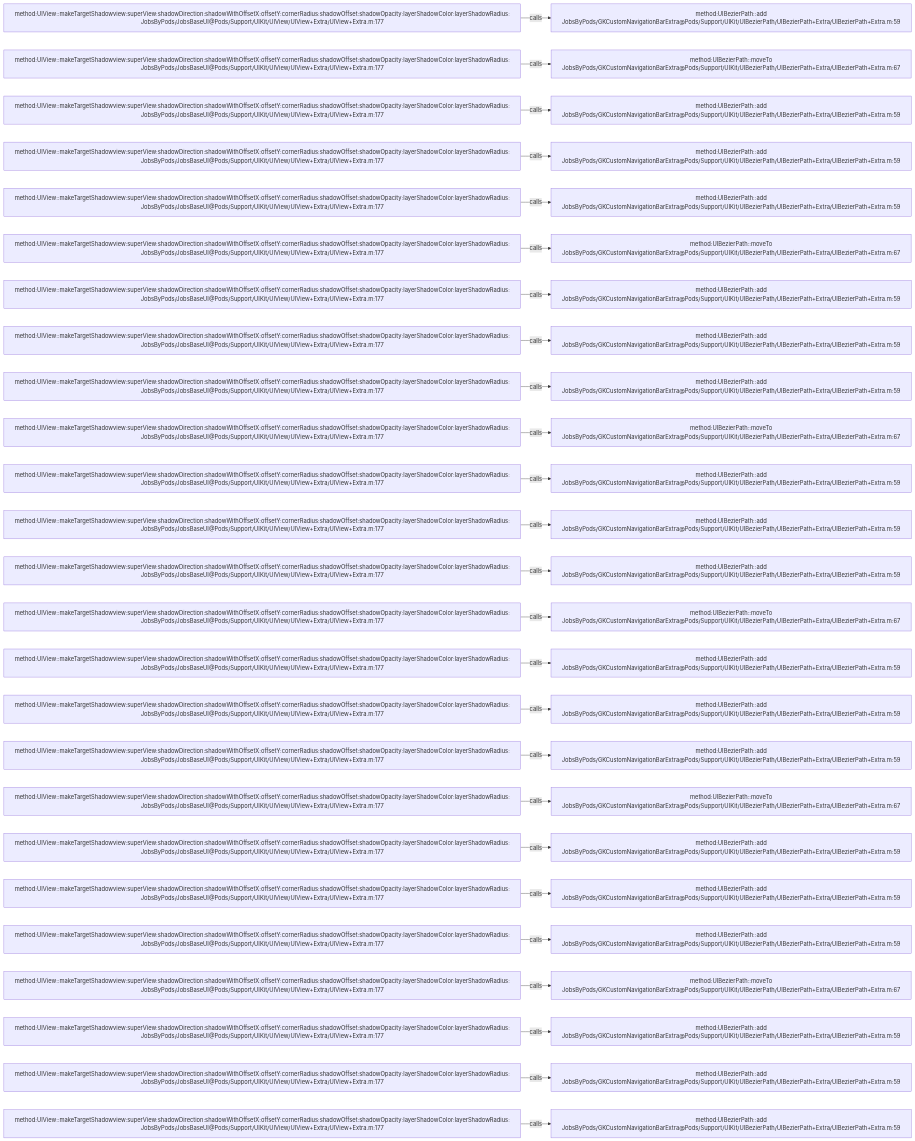
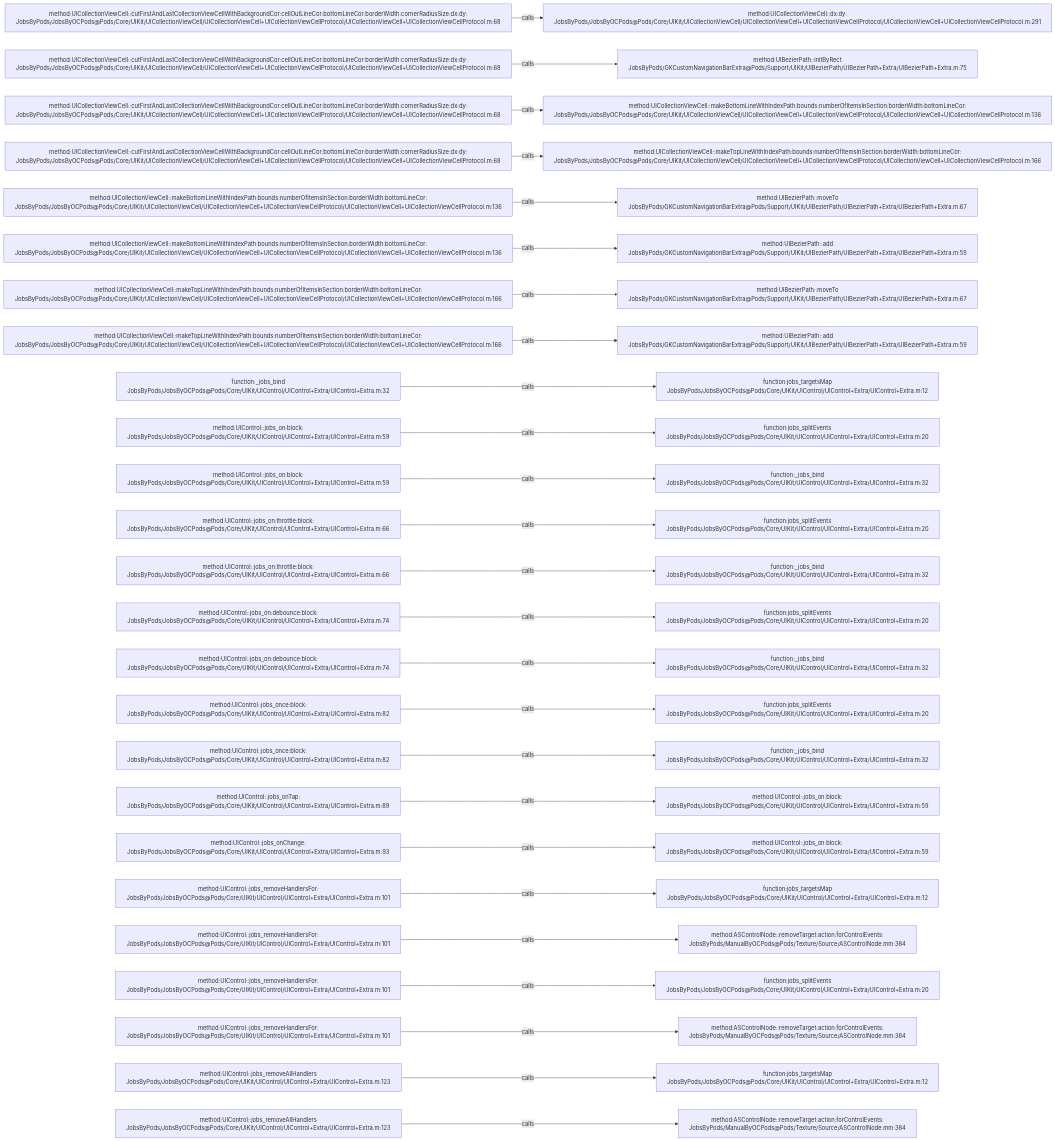
One commit to JobsKits/JobsOCBaseConfigDemo changed the diagram in .codegraph/codegraph.md/graphs/calls-060.md. Above: the diagram before and after it, drawn with Mermaid. The commit also changed 1026 other files, not shown here.

````diff
--- a/.codegraph/codegraph.md/graphs/calls-060.md
+++ b/.codegraph/codegraph.md/graphs/calls-060.md
@@ -13,78 +13,78 @@
 ```mermaid
 flowchart LR
-  S1["method:UIView::makeTargetShadowview:superView:shadowDirection:shadowWithOffsetX:offsetY:cornerRadius:shadowOffset:shadowOpacity:layerShadowColor:layerShadowRadius:<br/>JobsByPods/JobsBaseUI@Pods/Support/UIKit/UIView/UIView+Extra/UIView+Extra.m:177"]
-  T1["method:UIBezierPath::add<br/>JobsByPods/GKCustomNavigationBarExtra@Pods/Support/UIKit/UIBezierPath/UIBezierPath+Extra/UIBezierPath+Extra.m:59"]
+  S1["method:UICollectionViewCell::cutFirstAndLastCollectionViewCellWithBackgroundCor:cellOutLineCor:bottomLineCor:borderWidth:cornerRadiusSize:dx:dy:<br/>JobsByPods/JobsByOCPods@Pods/Core/UIKit/UICollectionViewCell/UICollectionViewCell+UICollectionViewCellProtocol/UICollectionViewCell+UICollectionViewCellProtocol.m:68"]
+  T1["method:UICollectionViewCell::dx:dy:<br/>JobsByPods/JobsByOCPods@Pods/Core/UIKit/UICollectionViewCell/UICollectionViewCell+UICollectionViewCellProtocol/UICollectionViewCell+UICollectionViewCellProtocol.m:291"]
   S1 -->|calls| T1
-  S2["method:UIView::makeTargetShadowview:superView:shadowDirection:shadowWithOffsetX:offsetY:cornerRadius:shadowOffset:shadowOpacity:layerShadowColor:layerShadowRadius:<br/>JobsByPods/JobsBaseUI@Pods/Support/UIKit/UIView/UIView+Extra/UIView+Extra.m:177"]
-  T2["method:UIBezierPath::moveTo<br/>JobsByPods/GKCustomNavigationBarExtra@Pods/Support/UIKit/UIBezierPath/UIBezierPath+Extra/UIBezierPath+Extra.m:67"]
+  S2["method:UICollectionViewCell::cutFirstAndLastCollectionViewCellWithBackgroundCor:cellOutLineCor:bottomLineCor:borderWidth:cornerRadiusSize:dx:dy:<br/>JobsByPods/JobsByOCPods@Pods/Core/UIKit/UICollectionViewCell/UICollectionViewCell+UICollectionViewCellProtocol/UICollectionViewCell+UICollectionViewCellProtocol.m:68"]
+  T2["method:UIBezierPath::initByRect<br/>JobsByPods/GKCustomNavigationBarExtra@Pods/Support/UIKit/UIBezierPath/UIBezierPath+Extra/UIBezierPath+Extra.m:75"]
   S2 -->|calls| T2
-  S3["method:UIView::makeTargetShadowview:superView:shadowDirection:shadowWithOffsetX:offsetY:cornerRadius:shadowOffset:shadowOpacity:layerShadowColor:layerShadowRadius:<br/>JobsByPods/JobsBaseUI@Pods/Support/UIKit/UIView/UIView+Extra/UIView+Extra.m:177"]
-  T3["method:UIBezierPath::add<br/>JobsByPods/GKCustomNavigationBarExtra@Pods/Support/UIKit/UIBezierPath/UIBezierPath+Extra/UIBezierPath+Extra.m:59"]
+  S3["method:UICollectionViewCell::cutFirstAndLastCollectionViewCellWithBackgroundCor:cellOutLineCor:bottomLineCor:borderWidth:cornerRadiusSize:dx:dy:<br/>JobsByPods/JobsByOCPods@Pods/Core/UIKit/UICollectionViewCell/UICollectionViewCell+UICollectionViewCellProtocol/UICollectionViewCell+UICollectionViewCellProtocol.m:68"]
+  T3["method:UICollectionViewCell::makeBottomLineWithIndexPath:bounds:numberOfItemsInSection:borderWidth:bottomLineCor:<br/>JobsByPods/JobsByOCPods@Pods/Core/UIKit/UICollectionViewCell/UICollectionViewCell+UICollectionViewCellProtocol/UICollectionViewCell+UICollectionViewCellProtocol.m:136"]
   S3 -->|calls| T3
-  S4["method:UIView::makeTargetShadowview:superView:shadowDirection:shadowWithOffsetX:offsetY:cornerRadius:shadowOffset:shadowOpacity:layerShadowColor:layerShadowRadius:<br/>JobsByPods/JobsBaseUI@Pods/Support/UIKit/UIView/UIView+Extra/UIView+Extra.m:177"]
-  T4["method:UIBezierPath::add<br/>JobsByPods/GKCustomNavigationBarExtra@Pods/Support/UIKit/UIBezierPath/UIBezierPath+Extra/UIBezierPath+Extra.m:59"]
+  S4["method:UICollectionViewCell::cutFirstAndLastCollectionViewCellWithBackgroundCor:cellOutLineCor:bottomLineCor:borderWidth:cornerRadiusSize:dx:dy:<br/>JobsByPods/JobsByOCPods@Pods/Core/UIKit/UICollectionViewCell/UICollectionViewCell+UICollectionViewCellProtocol/UICollectionViewCell+UICollectionViewCellProtocol.m:68"]
+  T4["method:UICollectionViewCell::makeTopLineWithIndexPath:bounds:numberOfItemsInSection:borderWidth:bottomLineCor:<br/>JobsByPods/JobsByOCPods@Pods/Core/UIKit/UICollectionViewCell/UICollectionViewCell+UICollectionViewCellProtocol/UICollectionViewCell+UICollectionViewCellProtocol.m:166"]
   S4 -->|calls| T4
-  S5["method:UIView::makeTargetShadowview:superView:shadowDirection:shadowWithOffsetX:offsetY:cornerRadius:shadowOffset:shadowOpacity:layerShadowColor:layerShadowRadius:<br/>JobsByPods/JobsBaseUI@Pods/Support/UIKit/UIView/UIView+Extra/UIView+Extra.m:177"]
-  T5["method:UIBezierPath::add<br/>JobsByPods/GKCustomNavigationBarExtra@Pods/Support/UIKit/UIBezierPath/UIBezierPath+Extra/UIBezierPath+Extra.m:59"]
+  S5["method:UICollectionViewCell::makeBottomLineWithIndexPath:bounds:numberOfItemsInSection:borderWidth:bottomLineCor:<br/>JobsByPods/JobsByOCPods@Pods/Core/UIKit/UICollectionViewCell/UICollectionViewCell+UICollectionViewCellProtocol/UICollectionViewCell+UICollectionViewCellProtocol.m:136"]
+  T5["method:UIBezierPath::moveTo<br/>JobsByPods/GKCustomNavigationBarExtra@Pods/Support/UIKit/UIBezierPath/UIBezierPath+Extra/UIBezierPath+Extra.m:67"]
   S5 -->|calls| T5
-  S6["method:UIView::makeTargetShadowview:superView:shadowDirection:shadowWithOffsetX:offsetY:cornerRadius:shadowOffset:shadowOpacity:layerShadowColor:layerShadowRadius:<br/>JobsByPods/JobsBaseUI@Pods/Support/UIKit/UIView/UIView+Extra/UIView+Extra.m:177"]
-  T6["method:UIBezierPath::moveTo<br/>JobsByPods/GKCustomNavigationBarExtra@Pods/Support/UIKit/UIBezierPath/UIBezierPath+Extra/UIBezierPath+Extra.m:67"]
+  S6["method:UICollectionViewCell::makeBottomLineWithIndexPath:bounds:numberOfItemsInSection:borderWidth:bottomLineCor:<br/>JobsByPods/JobsByOCPods@Pods/Core/UIKit/UICollectionViewCell/UICollectionViewCell+UICollectionViewCellProtocol/UICollectionViewCell+UICollectionViewCellProtocol.m:136"]
+  T6["method:UIBezierPath::add<br/>JobsByPods/GKCustomNavigationBarExtra@Pods/Support/UIKit/UIBezierPath/UIBezierPath+Extra/UIBezierPath+Extra.m:59"]
   S6 -->|calls| T6
-  S7["method:UIView::makeTargetShadowview:superView:shadowDirection:shadowWithOffsetX:offsetY:cornerRadius:shadowOffset:shadowOpacity:layerShadowColor:layerShadowRadius:<br/>JobsByPods/JobsBaseUI@Pods/Support/UIKit/UIView/UIView+Extra/UIView+Extra.m:177"]
-  T7["method:UIBezierPath::add<br/>JobsByPods/GKCustomNavigationBarExtra@Pods/Support/UIKit/UIBezierPath/UIBezierPath+Extra/UIBezierPath+Extra.m:59"]
+  S7["method:UICollectionViewCell::makeTopLineWithIndexPath:bounds:numberOfItemsInSection:borderWidth:bottomLineCor:<br/>JobsByPods/JobsByOCPods@Pods/Core/UIKit/UICollectionViewCell/UICollectionViewCell+UICollectionViewCellProtocol/UICollectionViewCell+UICollectionViewCellProtocol.m:166"]
+  T7["method:UIBezierPath::moveTo<br/>JobsByPods/GKCustomNavigationBarExtra@Pods/Support/UIKit/UIBezierPath/UIBezierPath+Extra/UIBezierPath+Extra.m:67"]
   S7 -->|calls| T7
-  S8["method:UIView::makeTargetShadowview:superView:shadowDirection:shadowWithOffsetX:offsetY:cornerRadius:shadowOffset:shadowOpacity:layerShadowColor:layerShadowRadius:<br/>JobsByPods/JobsBaseUI@Pods/Support/UIKit/UIView/UIView+Extra/UIView+Extra.m:177"]
+  S8["method:UICollectionViewCell::makeTopLineWithIndexPath:bounds:numberOfItemsInSection:borderWidth:bottomLineCor:<br/>JobsByPods/JobsByOCPods@Pods/Core/UIKit/UICollectionViewCell/UICollectionViewCell+UICollectionViewCellProtocol/UICollectionViewCell+UICollectionViewCellProtocol.m:166"]
   T8["method:UIBezierPath::add<br/>JobsByPods/GKCustomNavigationBarExtra@Pods/Support/UIKit/UIBezierPath/UIBezierPath+Extra/UIBezierPath+Extra.m:59"]
   S8 -->|calls| T8
-  S9["method:UIView::makeTargetShadowview:superView:shadowDirection:shadowWithOffsetX:offsetY:cornerRadius:shadowOffset:shadowOpacity:layerShadowColor:layerShadowRadius:<br/>JobsByPods/JobsBaseUI@Pods/Support/UIKit/UIView/UIView+Extra/UIView+Extra.m:177"]
-  T9["method:UIBezierPath::add<br/>JobsByPods/GKCustomNavigationBarExtra@Pods/Support/UIKit/UIBezierPath/UIBezierPath+Extra/UIBezierPath+Extra.m:59"]
+  S9["function:_jobs_bind<br/>JobsByPods/JobsByOCPods@Pods/Core/UIKit/UIControl/UIControl+Extra/UIControl+Extra.m:32"]
+  T9["function:jobs_targetsMap<br/>JobsByPods/JobsByOCPods@Pods/Core/UIKit/UIControl/UIControl+Extra/UIControl+Extra.m:12"]
   S9 -->|calls| T9
-  S10["method:UIView::makeTargetShadowview:superView:shadowDirection:shadowWithOffsetX:offsetY:cornerRadius:shadowOffset:shadowOpacity:layerShadowColor:layerShadowRadius:<br/>JobsByPods/JobsBaseUI@Pods/Support/UIKit/UIView/UIView+Extra/UIView+Extra.m:177"]
-  T10["method:UIBezierPath::moveTo<br/>JobsByPods/GKCustomNavigationBarExtra@Pods/Support/UIKit/UIBezierPath/UIBezierPath+Extra/UIBezierPath+Extra.m:67"]
+  S10["method:UIControl::jobs_on:block:<br/>JobsByPods/JobsByOCPods@Pods/Core/UIKit/UIControl/UIControl+Extra/UIControl+Extra.m:59"]
+  T10["function:jobs_splitEvents<br/>JobsByPods/JobsByOCPods@Pods/Core/UIKit/UIControl/UIControl+Extra/UIControl+Extra.m:20"]
   S10 -->|calls| T10
-  S11["method:UIView::makeTargetShadowview:superView:shadowDirection:shadowWithOffsetX:offsetY:cornerRadius:shadowOffset:shadowOpacity:layerShadowColor:layerShadowRadius:<br/>JobsByPods/JobsBaseUI@Pods/Support/UIKit/UIView/UIView+Extra/UIView+Extra.m:177"]
-  T11["method:UIBezierPath::add<br/>JobsByPods/GKCustomNavigationBarExtra@Pods/Support/UIKit/UIBezierPath/UIBezierPath+Extra/UIBezierPath+Extra.m:59"]
+  S11["method:UIControl::jobs_on:block:<br/>JobsByPods/JobsByOCPods@Pods/Core/UIKit/UIControl/UIControl+Extra/UIControl+Extra.m:59"]
+  T11["function:_jobs_bind<br/>JobsByPods/JobsByOCPods@Pods/Core/UIKit/UIControl/UIControl+Extra/UIControl+Extra.m:32"]
   S11 -->|calls| T11
-  S12["method:UIView::makeTargetShadowview:superView:shadowDirection:shadowWithOffsetX:offsetY:cornerRadius:shadowOffset:shadowOpacity:layerShadowColor:layerShadowRadius:<br/>JobsByPods/JobsBaseUI@Pods/Support/UIKit/UIView/UIView+Extra/UIView+Extra.m:177"]
-  T12["method:UIBezierPath::add<br/>JobsByPods/GKCustomNavigationBarExtra@Pods/Support/UIKit/UIBezierPath/UIBezierPath+Extra/UIBezierPath+Extra.m:59"]
+  S12["method:UIControl::jobs_on:throttle:block:<br/>JobsByPods/JobsByOCPods@Pods/Core/UIKit/UIControl/UIControl+Extra/UIControl+Extra.m:66"]
+  T12["function:jobs_splitEvents<br/>JobsByPods/JobsByOCPods@Pods/Core/UIKit/UIControl/UIControl+Extra/UIControl+Extra.m:20"]
   S12 -->|calls| T12
-  S13["method:UIView::makeTargetShadowview:superView:shadowDirection:shadowWithOffsetX:offsetY:cornerRadius:shadowOffset:shadowOpacity:layerShadowColor:layerShadowRadius:<br/>JobsByPods/JobsBaseUI@Pods/Support/UIKit/UIView/UIView+Extra/UIView+Extra.m:177"]
-  T13["method:UIBezierPath::add<br/>JobsByPods/GKCustomNavigationBarExtra@Pods/Support/UIKit/UIBezierPath/UIBezierPath+Extra/UIBezierPath+Extra.m:59"]
+  S13["method:UIControl::jobs_on:throttle:block:<br/>JobsByPods/JobsByOCPods@Pods/Core/UIKit/UIControl/UIControl+Extra/UIControl+Extra.m:66"]
+  T13["function:_jobs_bind<br/>JobsByPods/JobsByOCPods@Pods/Core/UIKit/UIControl/UIControl+Extra/UIControl+Extra.m:32"]
   S13 -->|calls| T13
-  S14["method:UIView::makeTargetShadowview:superView:shadowDirection:shadowWithOffsetX:offsetY:cornerRadius:shadowOffset:shadowOpacity:layerShadowColor:layerShadowRadius:<br/>JobsByPods/JobsBaseUI@Pods/Support/UIKit/UIView/UIView+Extra/UIView+Extra.m:177"]
-  T14["method:UIBezierPath::moveTo<br/>JobsByPods/GKCustomNavigationBarExtra@Pods/Support/UIKit/UIBezierPath/UIBezierPath+Extra/UIBezierPath+Extra.m:67"]
+  S14["method:UIControl::jobs_on:debounce:block:<br/>JobsByPods/JobsByOCPods@Pods/Core/UIKit/UIControl/UIControl+Extra/UIControl+Extra.m:74"]
+  T14["function:jobs_splitEvents<br/>JobsByPods/JobsByOCPods@Pods/Core/UIKit/UIControl/UIControl+Extra/UIControl+Extra.m:20"]
   S14 -->|calls| T14
-  S15["method:UIView::makeTargetShadowview:superView:shadowDirection:shadowWithOffsetX:offsetY:cornerRadius:shadowOffset:shadowOpacity:layerShadowColor:layerShadowRadius:<br/>JobsByPods/JobsBaseUI@Pods/Support/UIKit/UIView/UIView+Extra/UIView+Extra.m:177"]
-  T15["method:UIBezierPath::add<br/>JobsByPods/GKCustomNavigationBarExtra@Pods/Support/UIKit/UIBezierPath/UIBezierPath+Extra/UIBezierPath+Extra.m:59"]
+  S15["method:UIControl::jobs_on:debounce:block:<br/>JobsByPods/JobsByOCPods@Pods/Core/UIKit/UIControl/UIControl+Extra/UIControl+Extra.m:74"]
+  T15["function:_jobs_bind<br/>JobsByPods/JobsByOCPods@Pods/Core/UIKit/UIControl/UIControl+Extra/UIControl+Extra.m:32"]
   S15 -->|calls| T15
-  S16["method:UIView::makeTargetShadowview:superView:shadowDirection:shadowWithOffsetX:offsetY:cornerRadius:shadowOffset:shadowOpacity:layerShadowColor:layerShadowRadius:<br/>JobsByPods/JobsBaseUI@Pods/Support/UIKit/UIView/UIView+Extra/UIView+Extra.m:177"]
-  T16["method:UIBezierPath::add<br/>JobsByPods/GKCustomNavigationBarExtra@Pods/Support/UIKit/UIBezierPath/UIBezierPath+Extra/UIBezierPath+Extra.m:59"]
+  S16["method:UIControl::jobs_once:block:<br/>JobsByPods/JobsByOCPods@Pods/Core/UIKit/UIControl/UIControl+Extra/UIControl+Extra.m:82"]
+  T16["function:jobs_splitEvents<br/>JobsByPods/JobsByOCPods@Pods/Core/UIKit/UIControl/UIControl+Extra/UIControl+Extra.m:20"]
   S16 -->|calls| T16
-  S17["method:UIView::makeTargetShadowview:superView:shadowDirection:shadowWithOffsetX:offsetY:cornerRadius:shadowOffset:shadowOpacity:layerShadowColor:layerShadowRadius:<br/>JobsByPods/JobsBaseUI@Pods/Support/UIKit/UIView/UIView+Extra/UIView+Extra.m:177"]
-  T17["method:UIBezierPath::add<br/>JobsByPods/GKCustomNavigationBarExtra@Pods/Support/UIKit/UIBezierPath/UIBezierPath+Extra/UIBezierPath+Extra.m:59"]
+  S17["method:UIControl::jobs_once:block:<br/>JobsByPods/JobsByOCPods@Pods/Core/UIKit/UIControl/UIControl+Extra/UIControl+Extra.m:82"]
+  T17["function:_jobs_bind<br/>JobsByPods/JobsByOCPods@Pods/Core/UIKit/UIControl/UIControl+Extra/UIControl+Extra.m:32"]
   S17 -->|calls| T17
-  S18["method:UIView::makeTargetShadowview:superView:shadowDirection:shadowWithOffsetX:offsetY:cornerRadius:shadowOffset:shadowOpacity:layerShadowColor:layerShadowRadius:<br/>JobsByPods/JobsBaseUI@Pods/Support/UIKit/UIView/UIView+Extra/UIView+Extra.m:177"]
-  T18["method:UIBezierPath::moveTo<br/>JobsByPods/GKCustomNavigationBarExtra@Pods/Support/UIKit/UIBezierPath/UIBezierPath+Extra/UIBezierPath+Extra.m:67"]
+  S18["method:UIControl::jobs_onTap:<br/>JobsByPods/JobsByOCPods@Pods/Core/UIKit/UIControl/UIControl+Extra/UIControl+Extra.m:89"]
+  T18["method:UIControl::jobs_on:block:<br/>JobsByPods/JobsByOCPods@Pods/Core/UIKit/UIControl/UIControl+Extra/UIControl+Extra.m:59"]
   S18 -->|calls| T18
-  S19["method:UIView::makeTargetShadowview:superView:shadowDirection:shadowWithOffsetX:offsetY:cornerRadius:shadowOffset:shadowOpacity:layerShadowColor:layerShadowRadius:<br/>JobsByPods/JobsBaseUI@Pods/Support/UIKit/UIView/UIView+Extra/UIView+Extra.m:177"]
-  T19["method:UIBezierPath::add<br/>JobsByPods/GKCustomNavigationBarExtra@Pods/Support/UIKit/UIBezierPath/UIBezierPath+Extra/UIBezierPath+Extra.m:59"]
+  S19["method:UIControl::jobs_onChange:<br/>JobsByPods/JobsByOCPods@Pods/Core/UIKit/UIControl/UIControl+Extra/UIControl+Extra.m:93"]
+  T19["method:UIControl::jobs_on:block:<br/>JobsByPods/JobsByOCPods@Pods/Core/UIKit/UIControl/UIControl+Extra/UIControl+Extra.m:59"]
   S19 -->|calls| T19
-  S20["method:UIView::makeTargetShadowview:superView:shadowDirection:shadowWithOffsetX:offsetY:cornerRadius:shadowOffset:shadowOpacity:layerShadowColor:layerShadowRadius:<br/>JobsByPods/JobsBaseUI@Pods/Support/UIKit/UIView/UIView+Extra/UIView+Extra.m:177"]
-  T20["method:UIBezierPath::add<br/>JobsByPods/GKCustomNavigationBarExtra@Pods/Support/UIKit/UIBezierPath/UIBezierPath+Extra/UIBezierPath+Extra.m:59"]
+  S20["method:UIControl::jobs_removeHandlersFor:<br/>JobsByPods/JobsByOCPods@Pods/Core/UIKit/UIControl/UIControl+Extra/UIControl+Extra.m:101"]
+  T20["function:jobs_targetsMap<br/>JobsByPods/JobsByOCPods@Pods/Core/UIKit/UIControl/UIControl+Extra/UIControl+Extra.m:12"]
   S20 -->|calls| T20
-  S21["method:UIView::makeTargetShadowview:superView:shadowDirection:shadowWithOffsetX:offsetY:cornerRadius:shadowOffset:shadowOpacity:layerShadowColor:layerShadowRadius:<br/>JobsByPods/JobsBaseUI@Pods/Support/UIKit/UIView/UIView+Extra/UIView+Extra.m:177"]
-  T21["method:UIBezierPath::add<br/>JobsByPods/GKCustomNavigationBarExtra@Pods/Support/UIKit/UIBezierPath/UIBezierPath+Extra/UIBezierPath+Extra.m:59"]
+  S21["method:UIControl::jobs_removeHandlersFor:<br/>JobsByPods/JobsByOCPods@Pods/Core/UIKit/UIControl/UIControl+Extra/UIControl+Extra.m:101"]
+  T21["method:ASControlNode::removeTarget:action:forControlEvents:<br/>JobsByPods/ManualByOCPods@Pods/Texture/Source/ASControlNode.mm:384"]
   S21 -->|calls| T21
-  S22["method:UIView::makeTargetShadowview:superView:shadowDirection:shadowWithOffsetX:offsetY:cornerRadius:shadowOffset:shadowOpacity:layerShadowColor:layerShadowRadius:<br/>JobsByPods/JobsBaseUI@Pods/Support/UIKit/UIView/UIView+Extra/UIView+Extra.m:177"]
-  T22["method:UIBezierPath::moveTo<br/>JobsByPods/GKCustomNavigationBarExtra@Pods/Support/UIKit/UIBezierPath/UIBezierPath+Extra/UIBezierPath+Extra.m:67"]
+  S22["method:UIControl::jobs_removeHandlersFor:<br/>JobsByPods/JobsByOCPods@Pods/Core/UIKit/UIControl/UIControl+Extra/UIControl+Extra.m:101"]
+  T22["function:jobs_splitEvents<br/>JobsByPods/JobsByOCPods@Pods/Core/UIKit/UIControl/UIControl+Extra/UIControl+Extra.m:20"]
   S22 -->|calls| T22
-  S23["method:UIView::makeTargetShadowview:superView:shadowDirection:shadowWithOffsetX:offsetY:cornerRadius:shadowOffset:shadowOpacity:layerShadowColor:layerShadowRadius:<br/>JobsByPods/JobsBaseUI@Pods/Support/UIKit/UIView/UIView+Extra/UIView+Extra.m:177"]
-  T23["method:UIBezierPath::add<br/>JobsByPods/GKCustomNavigationBarExtra@Pods/Support/UIKit/UIBezierPath/UIBezierPath+Extra/UIBezierPath+Extra.m:59"]
+  S23["method:UIControl::jobs_removeHandlersFor:<br/>JobsByPods/JobsByOCPods@Pods/Core/UIKit/UIControl/UIControl+Extra/UIControl+Extra.m:101"]
+  T23["method:ASControlNode::removeTarget:action:forControlEvents:<br/>JobsByPods/ManualByOCPods@Pods/Texture/Source/ASControlNode.mm:384"]
   S23 -->|calls| T23
-  S24["method:UIView::makeTargetShadowview:superView:shadowDirection:shadowWithOffsetX:offsetY:cornerRadius:shadowOffset:shadowOpacity:layerShadowColor:layerShadowRadius:<br/>JobsByPods/JobsBaseUI@Pods/Support/UIKit/UIView/UIView+Extra/UIView+Extra.m:177"]
-  T24["method:UIBezierPath::add<br/>JobsByPods/GKCustomNavigationBarExtra@Pods/Support/UIKit/UIBezierPath/UIBezierPath+Extra/UIBezierPath+Extra.m:59"]
+  S24["method:UIControl::jobs_removeAllHandlers<br/>JobsByPods/JobsByOCPods@Pods/Core/UIKit/UIControl/UIControl+Extra/UIControl+Extra.m:123"]
+  T24["function:jobs_targetsMap<br/>JobsByPods/JobsByOCPods@Pods/Core/UIKit/UIControl/UIControl+Extra/UIControl+Extra.m:12"]
   S24 -->|calls| T24
-  S25["method:UIView::makeTargetShadowview:superView:shadowDirection:shadowWithOffsetX:offsetY:cornerRadius:shadowOffset:shadowOpacity:layerShadowColor:layerShadowRadius:<br/>JobsByPods/JobsBaseUI@Pods/Support/UIKit/UIView/UIView+Extra/UIView+Extra.m:177"]
-  T25["method:UIBezierPath::add<br/>JobsByPods/GKCustomNavigationBarExtra@Pods/Support/UIKit/UIBezierPath/UIBezierPath+Extra/UIBezierPath+Extra.m:59"]
+  S25["method:UIControl::jobs_removeAllHandlers<br/>JobsByPods/JobsByOCPods@Pods/Core/UIKit/UIControl/UIControl+Extra/UIControl+Extra.m:123"]
+  T25["method:ASControlNode::removeTarget:action:forControlEvents:<br/>JobsByPods/ManualByOCPods@Pods/Texture/Source/ASControlNode.mm:384"]
   S25 -->|calls| T25
 ```
````
